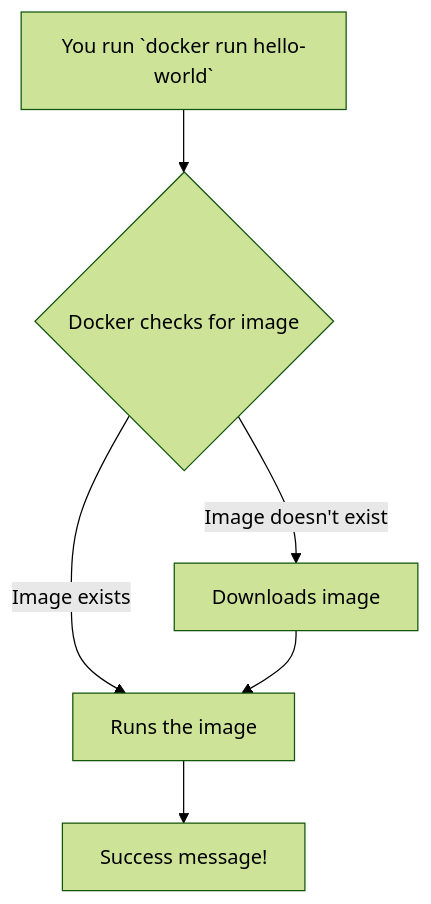
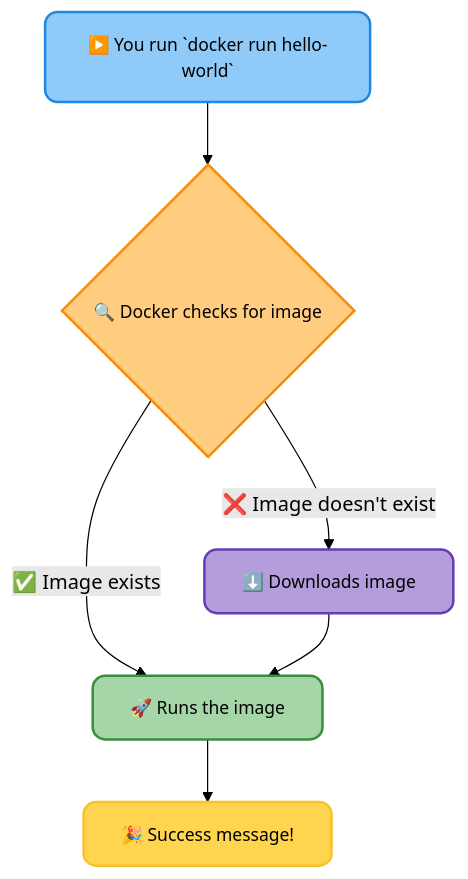
Before and after one commit to infoyouth/infoyouth.github.io: the second of 3 diagrams in _posts/2025-01-29-07.-containerization-with-docker.md, drawn with Mermaid (forest theme). The commit also changed other lines of this file, not shown here.

````diff
--- a/_posts/2025-01-29-07.-containerization-with-docker.md
+++ b/_posts/2025-01-29-07.-containerization-with-docker.md
@@ -110,8 +121,21 @@
 ```mermaid
 graph TD
-    A[You run `docker run hello-world`] --> B{Docker checks for image};
-    B -- Image exists --> C[Runs the image];
-    B -- Image doesn't exist --> D[Downloads image];
+    A["▶️ You run `docker run hello-world`"] --> B{"🔍 Docker checks for image"};
+    B -- "✅ Image exists" --> C["🚀 Runs the image"];
+    B -- "❌ Image doesn't exist" --> D["⬇️ Downloads image"];
     D --> C;
-    C --> E[Success message!];
+    C --> E["🎉 Success message!"];
+
+    class A runStyle;
+    class B checkStyle;
+    class C runImageStyle;
+    class D downloadStyle;
+    class E successStyle;
+
+    classDef runStyle fill:#90CAF9,stroke:#1E88E5,color:#000000,font-size:14px,stroke-width:2px,rx:10,shadow:3px;
+    classDef checkStyle fill:#FFCC80,stroke:#FB8C00,color:#000000,font-size:14px,stroke-width:2px,rx:10,shadow:3px;
+    classDef runImageStyle fill:#A5D6A7,stroke:#388E3C,color:#000000,font-size:14px,stroke-width:2px,rx:10,shadow:3px;
+    classDef downloadStyle fill:#B39DDB,stroke:#673AB7,color:#000000,font-size:14px,stroke-width:2px,rx:10,shadow:3px;
+    classDef successStyle fill:#FFD54F,stroke:#FBC02D,color:#000000,font-size:14px,stroke-width:2px,rx:10,shadow:3px;
+
 ```
````
